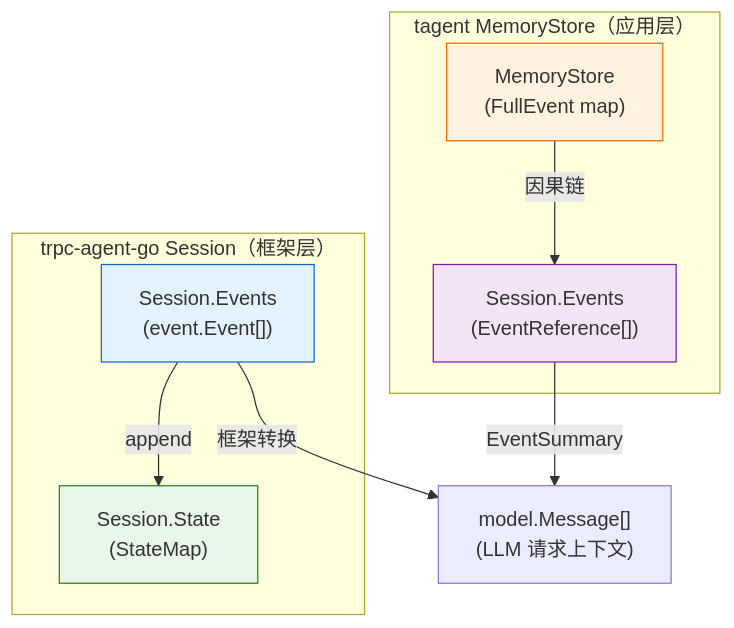
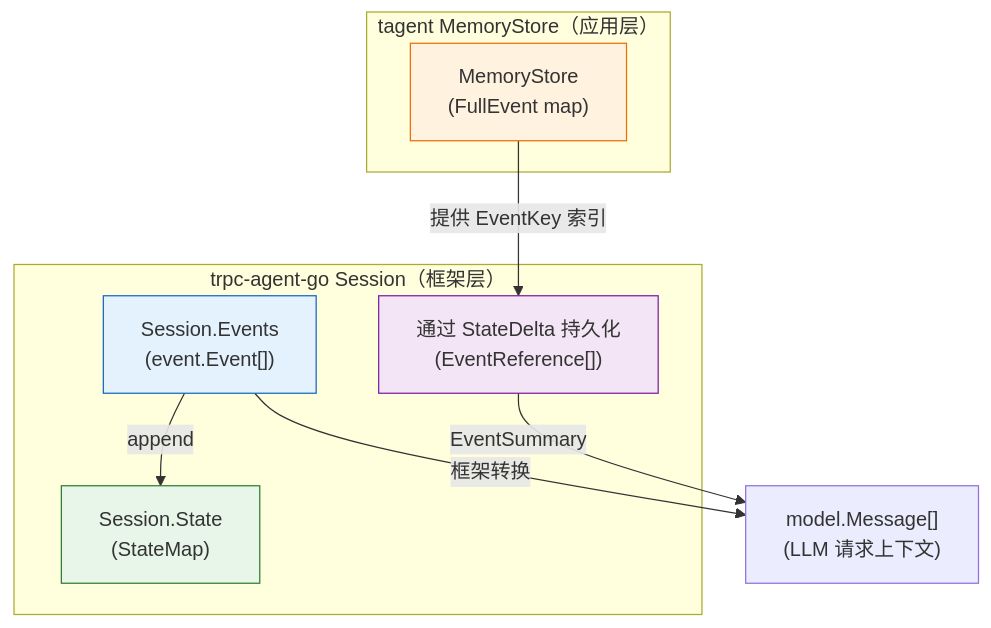
One commit to SpellingDragon/tagent changed the fifth of 5 diagrams in docs/wiki/plugin/plugin-architecture.md. Above: the diagram before and after it, drawn with Mermaid. The commit also changed other lines of this file and 53 other files, not shown here.

````diff
--- a/docs/wiki/plugin/plugin-architecture.md
+++ b/docs/wiki/plugin/plugin-architecture.md
@@ -1004,27 +896,27 @@
 ```mermaid
 graph TB
     subgraph "trpc-agent-go Session（框架层）"
         S["Session.Events
         (event.Event[])"]
         ST["Session.State
         (StateMap)"]
+        ER["通过 StateDelta 持久化
+        (EventReference[])"]
     end
 
     subgraph "tagent MemoryStore（应用层）"
         MS["MemoryStore
         (FullEvent map)"]
-        ER["Session.Events
-        (EventReference[])"]
     end
 
     S -->|框架转换| MSG["model.Message[]
         (LLM 请求上下文)"]
     ER -->|EventSummary| MSG
     S -->|append| ST
-    MS -->|因果链| ER
+    MS -->|提供 EventKey 索引| ER
 
     style S fill:#e3f2fd,stroke:#1565c0
     style ST fill:#e8f5e9,stroke:#2e7d32
     style MS fill:#fff3e0,stroke:#ef6c00
     style ER fill:#f3e5f5,stroke:#7b1fa2
 ```
````
